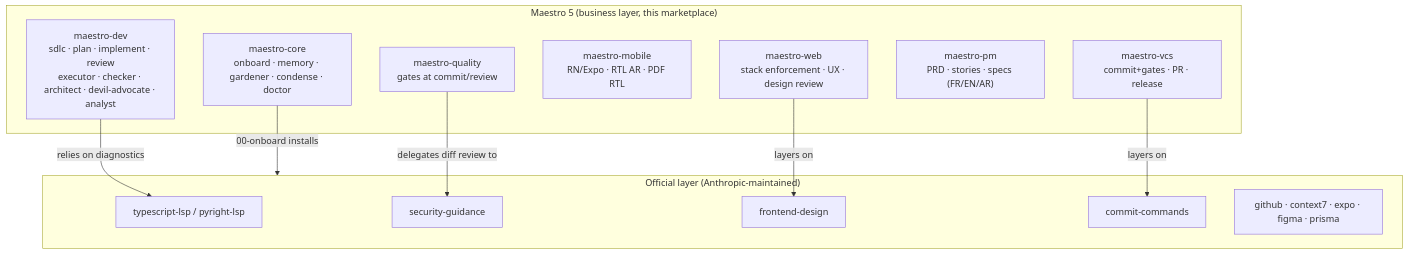
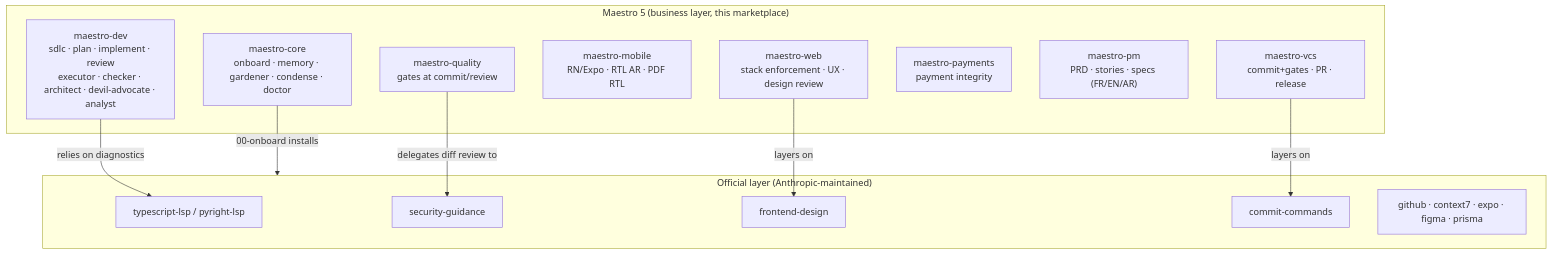
One commit to chakerben/maestro-v5 changed the diagram in docs/ARCHITECTURE.md. Above: the diagram before and after it, drawn with Mermaid. The commit also changed 8 other files, not shown here.

Commit message:
feat(payments): add maestro-payments plugin with 00-payment-integrity skill

````diff
--- a/docs/ARCHITECTURE.md
+++ b/docs/ARCHITECTURE.md
@@ -5,26 +5,27 @@
 ```mermaid
 flowchart TB
   subgraph Official["Official layer (Anthropic-maintained)"]
     LSP["typescript-lsp / pyright-lsp"]
     SEC["security-guidance"]
     FD["frontend-design"]
     CC["commit-commands"]
     GH["github · context7 · expo · figma · prisma"]
   end
 
   subgraph Maestro["Maestro 5 (business layer, this marketplace)"]
     CORE["maestro-core<br/>onboard · memory · gardener · condense · doctor"]
     DEV["maestro-dev<br/>sdlc · plan · implement · review<br/>executor · checker · architect · devil-advocate · analyst"]
     QUAL["maestro-quality<br/>gates at commit/review"]
     MOB["maestro-mobile<br/>RN/Expo · RTL AR · PDF RTL"]
     WEB["maestro-web<br/>stack enforcement · UX · design review"]
+    PAY["maestro-payments<br/>payment integrity"]
     PM["maestro-pm<br/>PRD · stories · specs (FR/EN/AR)"]
     VCS["maestro-vcs<br/>commit+gates · PR · release"]
   end
 
   CORE -->|"00-onboard installs"| Official
   WEB -->|"layers on"| FD
   VCS -->|"layers on"| CC
   DEV -->|"relies on diagnostics"| LSP
   QUAL -->|"delegates diff review to"| SEC
 ```
````
